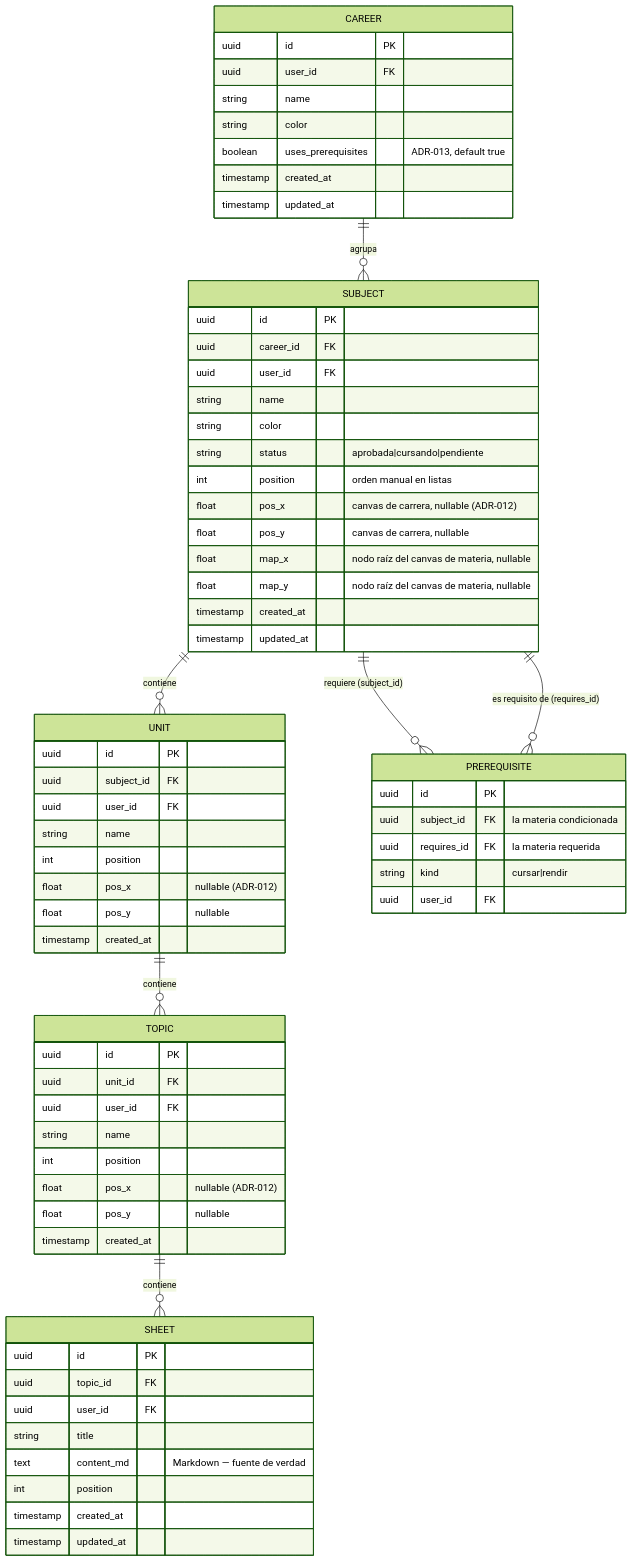
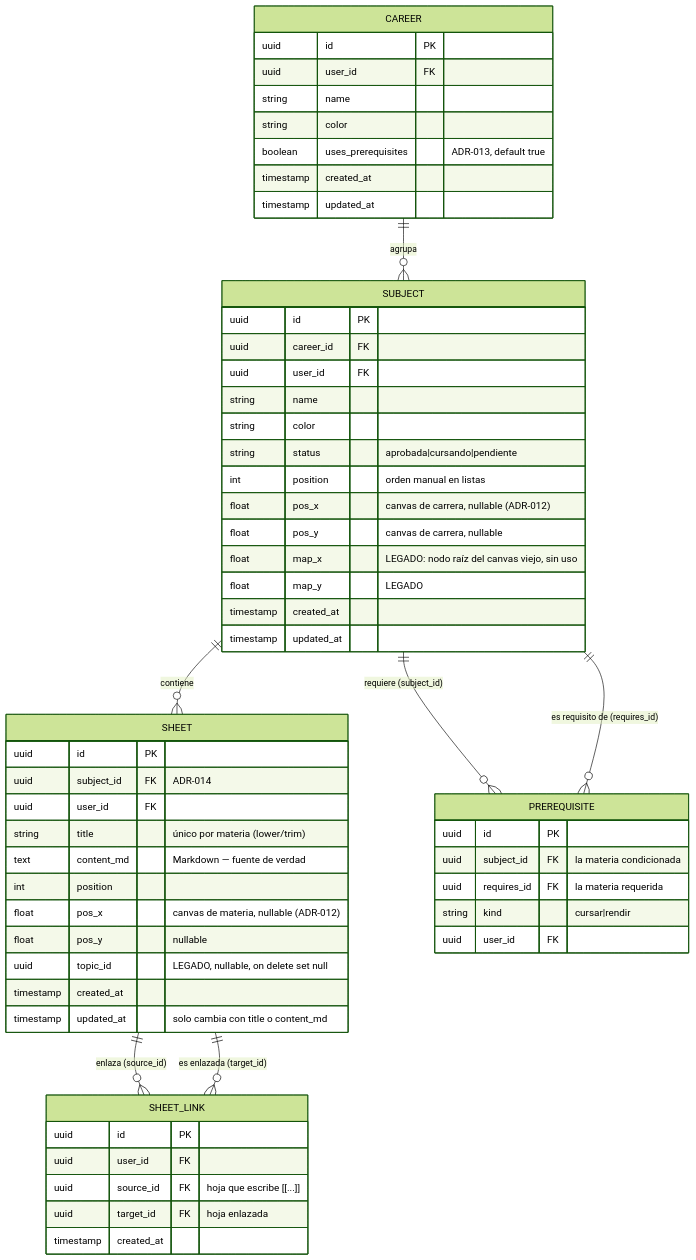
The diagram in docs/DB_SCHEMA.md (Code7C26/Studree), drawn with Mermaid (forest theme) before and after one commit. The commit also changed other lines of this file and 17 other files, not shown here.

First line of the commit message:
docs: documentar Fase 0 y Fase 1 (ADR-014/015/016, DB_SCHEMA, features, CHANGELOG 0.11.0 y 0.12.0)

````diff
--- a/docs/DB_SCHEMA.md
+++ b/docs/DB_SCHEMA.md
@@ -30,71 +28,61 @@
 ```mermaid
 erDiagram
     CAREER ||--o{ SUBJECT : agrupa
-    SUBJECT ||--o{ UNIT : contiene
-    UNIT ||--o{ TOPIC : contiene
-    TOPIC ||--o{ SHEET : contiene
+    SUBJECT ||--o{ SHEET : contiene
     SUBJECT ||--o{ PREREQUISITE : "requiere (subject_id)"
     SUBJECT ||--o{ PREREQUISITE : "es requisito de (requires_id)"
+    SHEET ||--o{ SHEET_LINK : "enlaza (source_id)"
+    SHEET ||--o{ SHEET_LINK : "es enlazada (target_id)"
 
     CAREER {
         uuid id PK
         uuid user_id FK
         string name
         string color
         boolean uses_prerequisites "ADR-013, default true"
         timestamp created_at
         timestamp updated_at
     }
     SUBJECT {
         uuid id PK
         uuid career_id FK
         uuid user_id FK
         string name
         string color
         string status "aprobada|cursando|pendiente"
         int position "orden manual en listas"
         float pos_x "canvas de carrera, nullable (ADR-012)"
         float pos_y "canvas de carrera, nullable"
-        float map_x "nodo raíz del canvas de materia, nullable"
-        float map_y "nodo raíz del canvas de materia, nullable"
+        float map_x "LEGADO: nodo raíz del canvas viejo, sin uso"
+        float map_y "LEGADO"
         timestamp created_at
         timestamp updated_at
     }
     PREREQUISITE {
         uuid id PK
         uuid subject_id FK "la materia condicionada"
         uuid requires_id FK "la materia requerida"
         string kind "cursar|rendir"
         uuid user_id FK
     }
-    UNIT {
+    SHEET {
         uuid id PK
-        uuid subject_id FK
+        uuid subject_id FK "ADR-014"
         uuid user_id FK
-        string name
+        string title "único por materia (lower/trim)"
+        text content_md "Markdown — fuente de verdad"
         int position
-        float pos_x "nullable (ADR-012)"
+        float pos_x "canvas de materia, nullable (ADR-012)"
         float pos_y "nullable"
+        uuid topic_id "LEGADO, nullable, on delete set null"
+        timestamp created_at
+        timestamp updated_at "solo cambia con title o content_md"
+    }
+    SHEET_LINK {
+        uuid id PK
+        uuid user_id FK
+        uuid source_id FK "hoja que escribe [[...]]"
+        uuid target_id FK "hoja enlazada"
         timestamp created_at
     }
-    TOPIC {
-        uuid id PK
-        uuid unit_id FK
-        uuid user_id FK
-        string name
-        int position
-        float pos_x "nullable (ADR-012)"
-        float pos_y "nullable"
-        timestamp created_at
-    }
-    SHEET {
-        uuid id PK
-        uuid topic_id FK
-        uuid user_id FK
-        string title
-        text content_md "Markdown — fuente de verdad"
-        int position
-        timestamp created_at
-        timestamp updated_at
-    }
 ```
````
